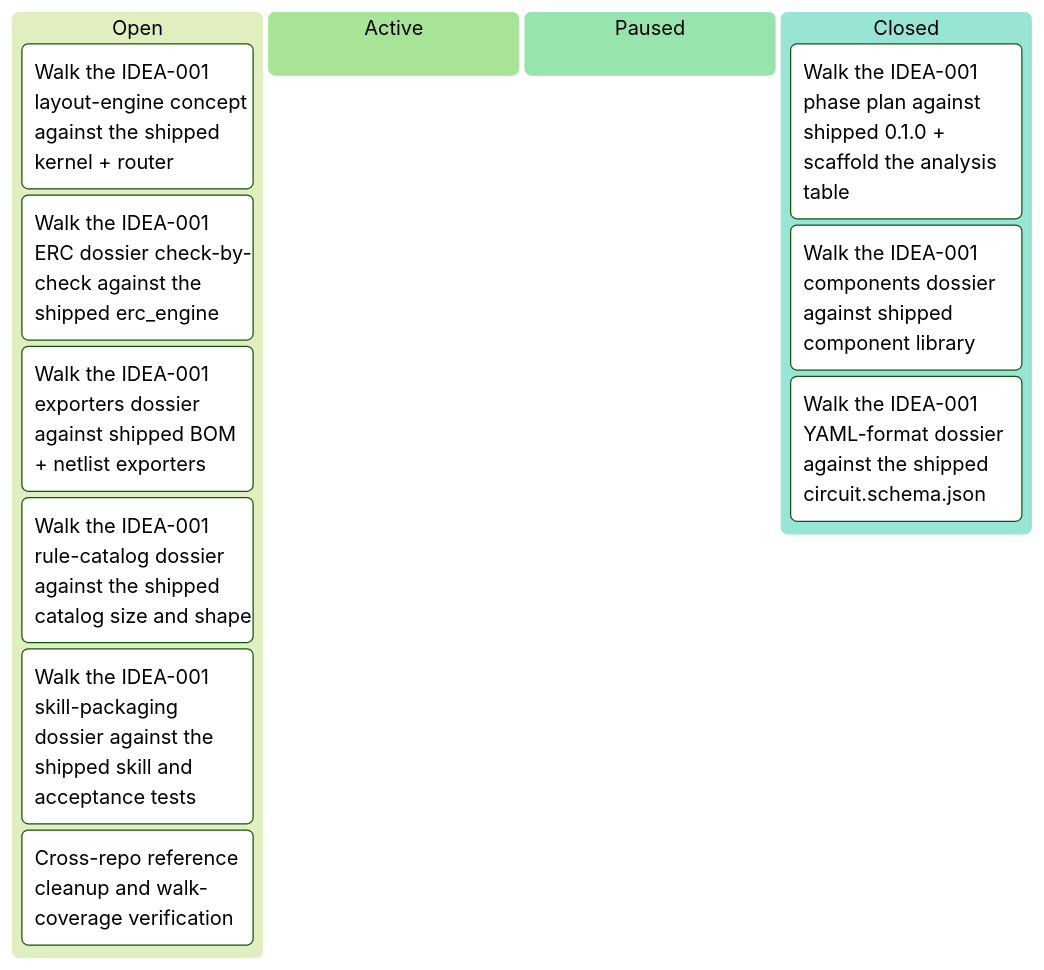
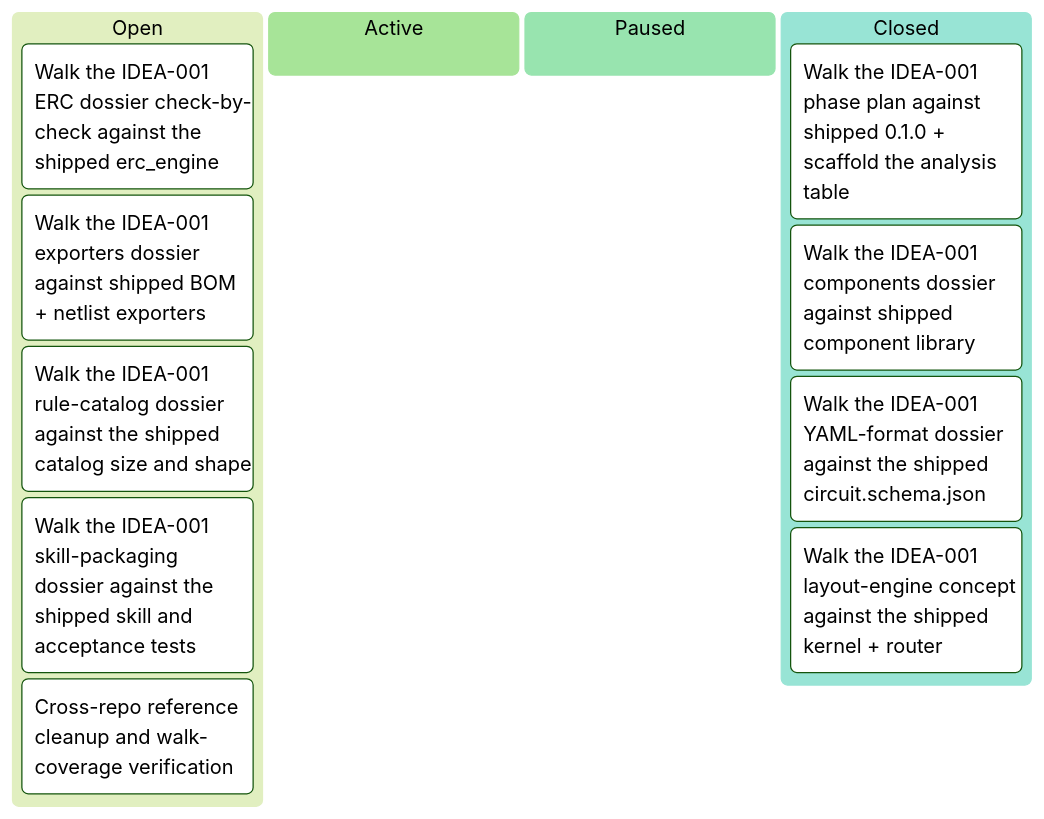
The second of 3 diagrams in docs/developers/tasks/KANBAN.md (tgd1975/CircuitSmith), drawn with Mermaid (forest theme) before and after one commit. The commit also changed other lines of this file and 4 other files, not shown here.

First line of the commit message:
close TASK-137: walk IDEA-001 layout-engine concept vs shipped kernel/router/rubric

````diff
--- a/docs/developers/tasks/KANBAN.md
+++ b/docs/developers/tasks/KANBAN.md
@@ -33,16 +33,16 @@
 ```mermaid
 kanban
   Open
-    TASK_137["Walk the IDEA-001 layout-engine concept against the shipped kernel + router"]
     TASK_138["Walk the IDEA-001 ERC dossier check-by-check against the shipped erc_engine"]
     TASK_139["Walk the IDEA-001 exporters dossier against shipped BOM + netlist exporters"]
     TASK_140["Walk the IDEA-001 rule-catalog dossier against the shipped catalog size and shape"]
     TASK_141["Walk the IDEA-001 skill-packaging dossier against the shipped skill and acceptance tests"]
     TASK_142["Cross-repo reference cleanup and walk-coverage verification"]
   Active
   Paused
   Closed
     TASK_134["Walk the IDEA-001 phase plan against shipped 0.1.0 + scaffold the analysis table"]
     TASK_135["Walk the IDEA-001 components dossier against shipped component library"]
     TASK_136["Walk the IDEA-001 YAML-format dossier against the shipped circuit.schema.json"]
+    TASK_137["Walk the IDEA-001 layout-engine concept against the shipped kernel + router"]
 ```
````
